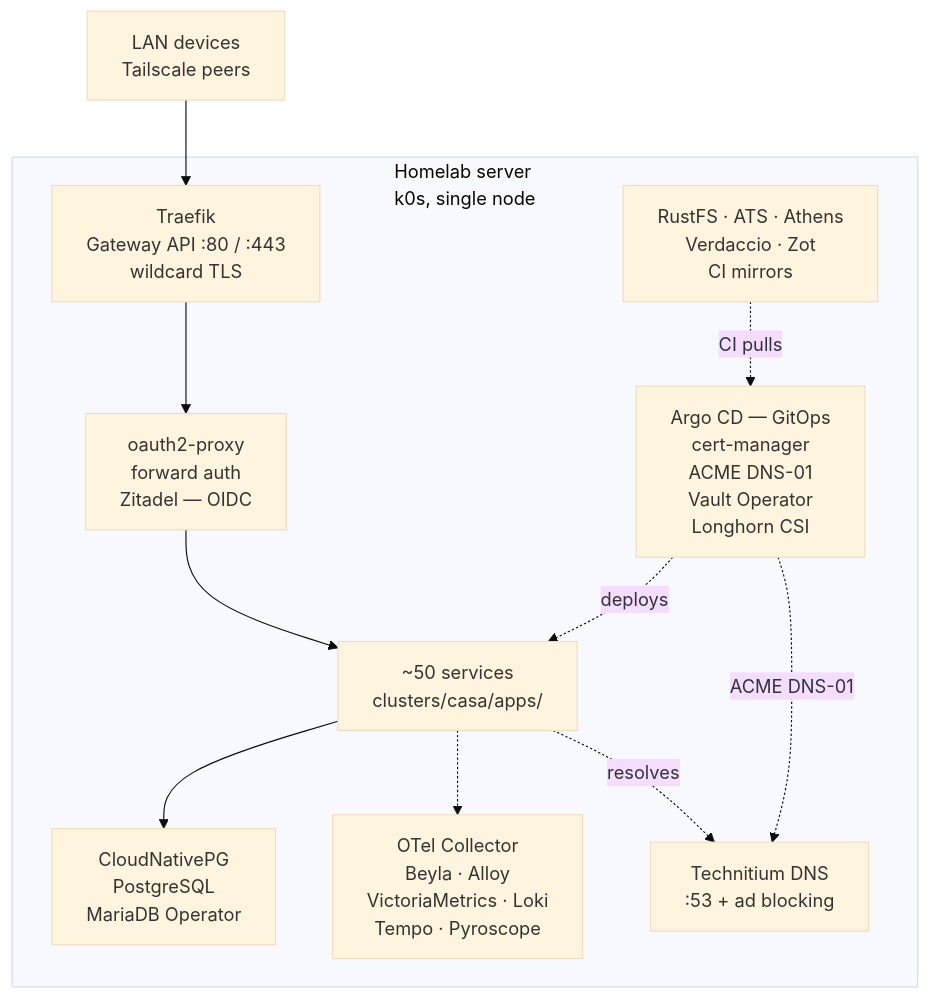
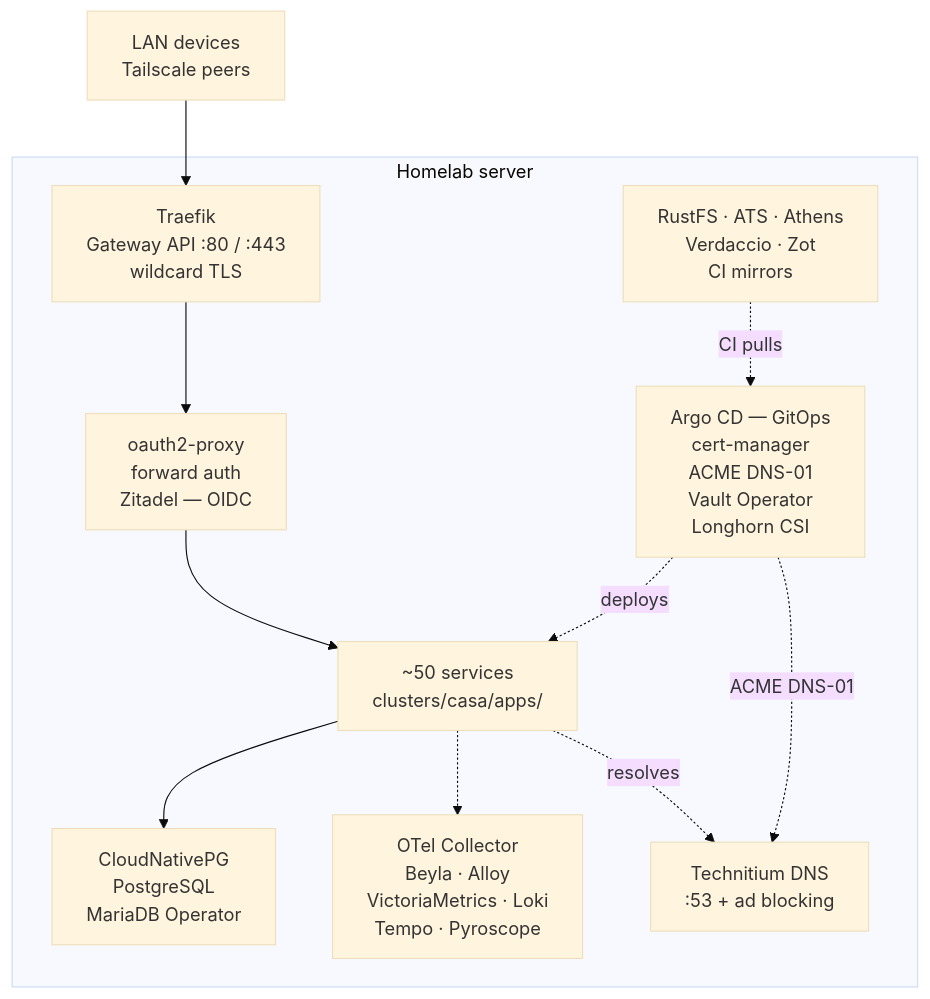
One commit to Artemiy111/homelab changed the diagram in README.md. Above: the diagram before and after it, drawn with Mermaid (base theme). The commit also changed 1 other file, not shown here.

Commit message:
docs(readme): drop k0s label from architecture diagram (#995)

````diff
--- a/README.md
+++ b/README.md
@@ -32,25 +32,25 @@
 ```mermaid
 flowchart TB
     CLIENTS["LAN devices<br/>Tailscale peers"]
 
-    subgraph host["Homelab server<br/>k0s, single node"]
+    subgraph host["Homelab server"]
         EDGE["Traefik<br/>Gateway API :80 / :443<br/>wildcard TLS"]
         AUTH["oauth2-proxy<br/>forward auth<br/>Zitadel — OIDC"]
         APPS["~50 services<br/>clusters/casa/apps/"]
         OPS["Argo CD — GitOps<br/>cert-manager<br/>ACME DNS-01<br/>Vault Operator<br/>Longhorn CSI"]
         DATA["CloudNativePG<br/>PostgreSQL<br/>MariaDB Operator"]
         OBS["OTel Collector<br/>Beyla · Alloy<br/>VictoriaMetrics · Loki<br/>Tempo · Pyroscope"]
         CACHE["RustFS · ATS · Athens<br/>Verdaccio · Zot<br/>CI mirrors"]
         DNS["Technitium DNS<br/>:53 + ad blocking"]
     end
 
     CLIENTS --> EDGE
     EDGE --> AUTH
     AUTH --> APPS
     CACHE -.->|CI pulls| OPS
     OPS -.->|deploys| APPS
     OPS -.->|ACME DNS-01| DNS
     APPS --> DATA
     APPS -.-> OBS
     APPS -.->|resolves| DNS
 ```
````
